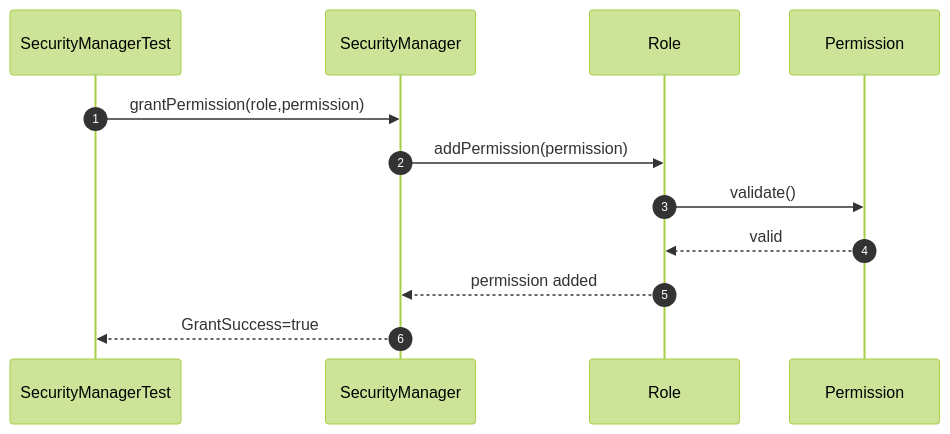
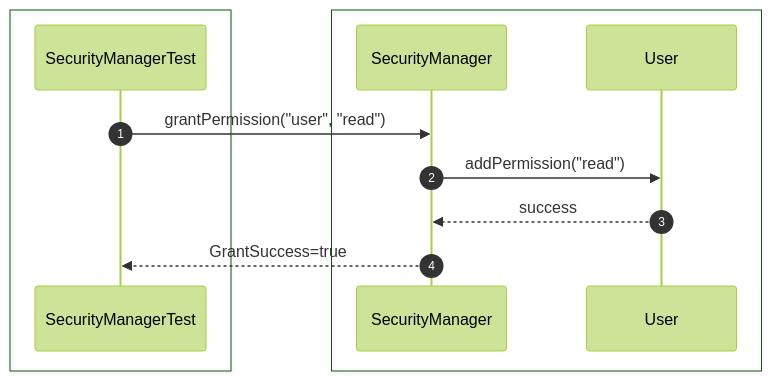
One commit to Huy1801214/dbms-architecture changed the third of 35 diagrams in src/sequence/security.md. Above: the diagram before and after it, drawn with Mermaid (forest theme). The commit also changed other lines of this file and 10 other files, not shown here.

Commit message:
add comprehensive sequence diagrams and documentation for system architecture and unit testing specifications

````diff
--- a/src/sequence/security.md
+++ b/src/sequence/security.md
@@ -49,20 +47,17 @@
 ```mermaid
 sequenceDiagram
     autonumber
+
+    box #e1f5fe Test Suite
     participant Test as SecurityManagerTest
+    end
+    box #e3f2fd Security Components
     participant Security as SecurityManager
-    participant Role as Role
-    participant Permission
+    participant User as User
+    end
 
-    Test->>Security: grantPermission(role,permission)
-
-    Security->>Role: addPermission(permission)
-
-    Role->>Permission: validate()
-
-    Permission-->>Role: valid
-
-    Role-->>Security: permission added
-
+    Test->>Security: grantPermission("user", "read")
+    Security->>User: addPermission("read")
+    User-->>Security: success
     Security-->>Test: GrantSuccess=true
 ```
````
